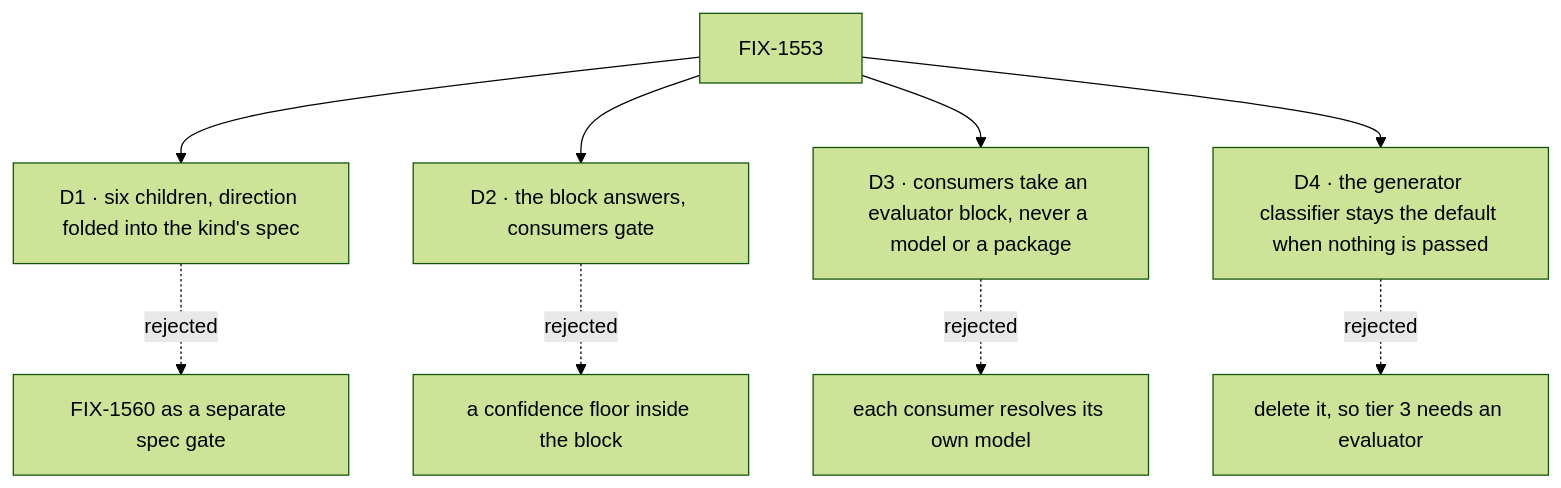
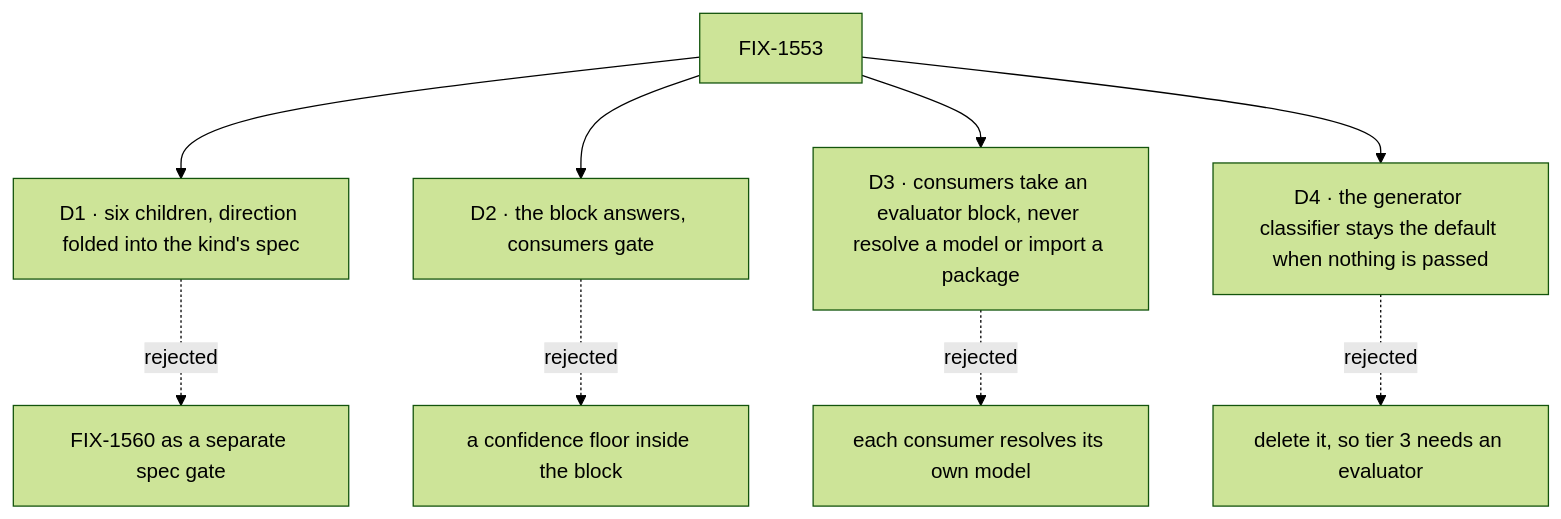
The diagram in specs/epics/FIX-1553/DECISIONS.md (fixpoint-labs/flow-state-dev), drawn with Mermaid (forest theme) before and after one commit. The commit also changed other lines of this file and 9 other files, not shown here.

````diff
--- a/specs/epics/FIX-1553/DECISIONS.md
+++ b/specs/epics/FIX-1553/DECISIONS.md
@@ -13,11 +13,11 @@
 ```mermaid
 flowchart TD
   E["FIX-1553"] --> D1["D1 · six children, direction folded into the kind's spec"]
   D1 -.->|"rejected"| X1["FIX-1560 as a separate spec gate"]
   E --> D2["D2 · the block answers, consumers gate"]
   D2 -.->|"rejected"| X2["a confidence floor inside the block"]
-  E --> D3["D3 · consumers take an evaluator block, never a model or a package"]
+  E --> D3["D3 · consumers take an evaluator block, never resolve a model or import a package"]
   D3 -.->|"rejected"| X3["each consumer resolves its own model"]
   E --> D4["D4 · the generator classifier stays the default when nothing is passed"]
   D4 -.->|"rejected"| X4["delete it, so tier 3 needs an evaluator"]
 ```
````
